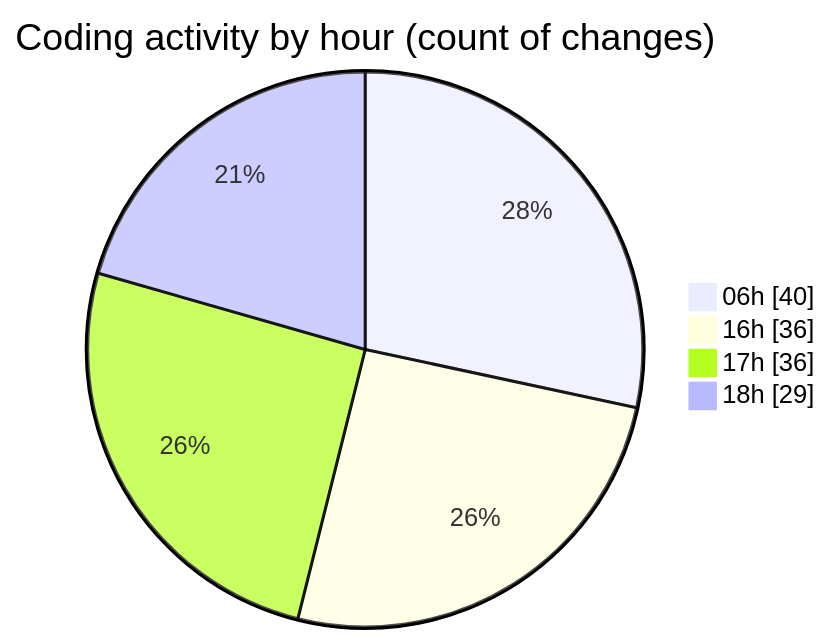
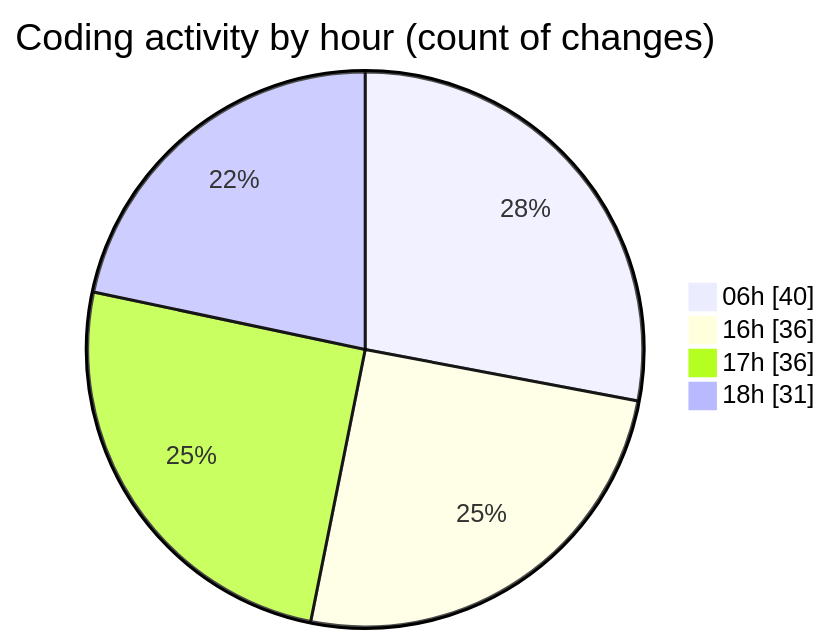
One commit to charlie-sans/code-tracking changed the second of 2 diagrams in 2025-02-25/micros/README.md. Above: the diagram before and after it, drawn with Mermaid. The commit also changed other lines of this file and 1 other file, not shown here.

````diff
--- a/2025-02-25/micros/README.md
+++ b/2025-02-25/micros/README.md
@@ -74,8 +74,8 @@
 ```mermaid
 pie showData
 title Coding activity by hour (count of changes)
 "06h" : 40
 "16h" : 36
 "17h" : 36
-"18h" : 29
+"18h" : 31
 ```
````
